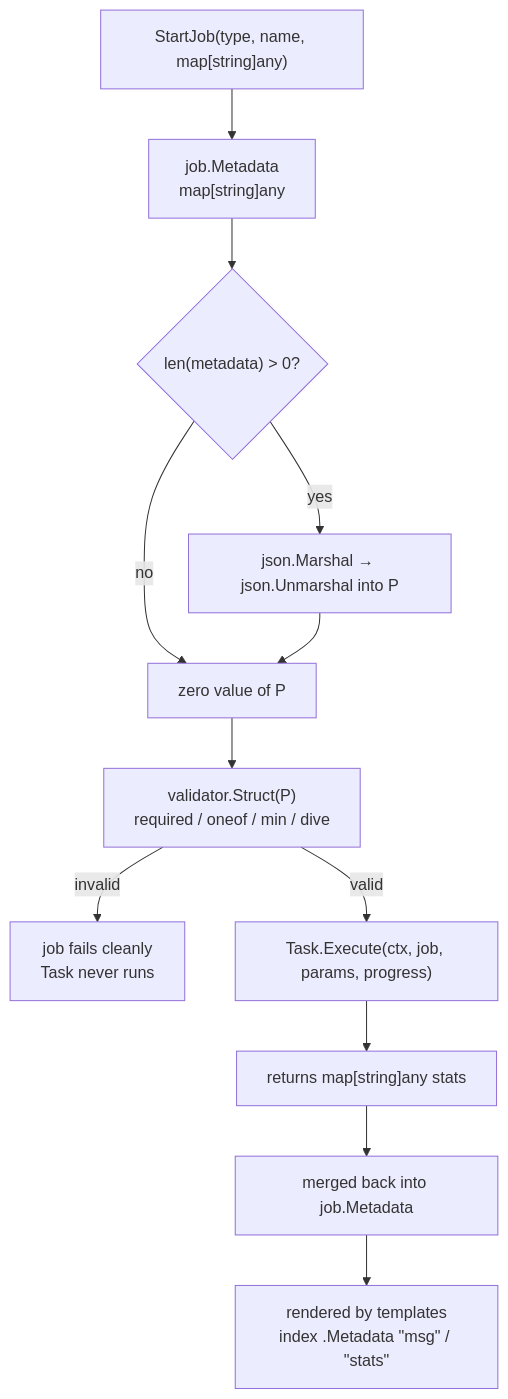
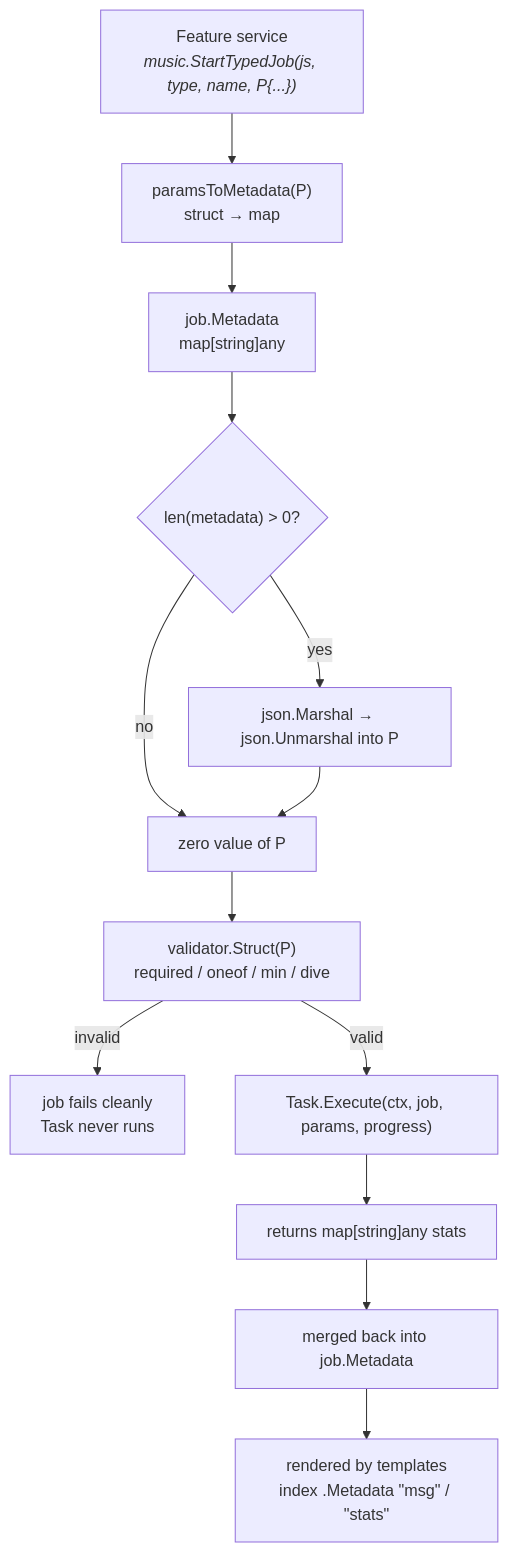
Before and after one commit to contre95/soulsolid: the sixth of 6 diagrams in docs/ADR/0003-background-job-engine.md, drawn with Mermaid. The commit also changed other lines of this file and 7 other files, not shown here.

````diff
--- a/docs/ADR/0003-background-job-engine.md
+++ b/docs/ADR/0003-background-job-engine.md
@@ -325,14 +325,15 @@
 ```mermaid
 flowchart TD
-    A["StartJob(type, name, map[string]any)"] --> B["job.Metadata<br/>map[string]any"]
+    S["Feature service<br/><i>music.StartTypedJob(js, type, name, P{...})</i>"] --> A
+    A["paramsToMetadata(P)<br/>struct → map"] --> B["job.Metadata<br/>map[string]any"]
     B --> C{"len(metadata) > 0?"}
     C -->|no| E["zero value of P"]
     C -->|yes| D["json.Marshal → json.Unmarshal into P"]
     D --> E
     E --> F["validator.Struct(P)<br/>required / oneof / min / dive"]
     F -->|invalid| G["job fails cleanly<br/>Task never runs"]
     F -->|valid| H["Task.Execute(ctx, job, params, progress)"]
     H --> I["returns map[string]any stats"]
     I --> J["merged back into job.Metadata"]
     J --> K["rendered by templates<br/>index .Metadata &quot;msg&quot; / &quot;stats&quot;"]
 ```
````
